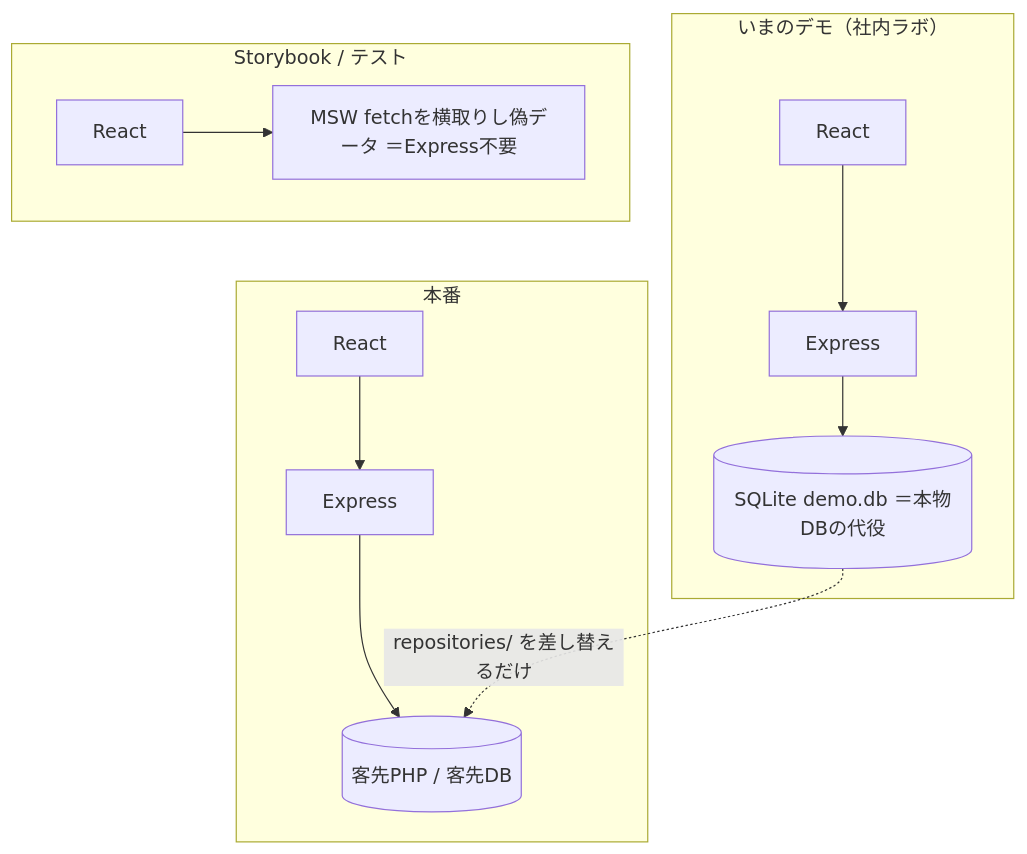
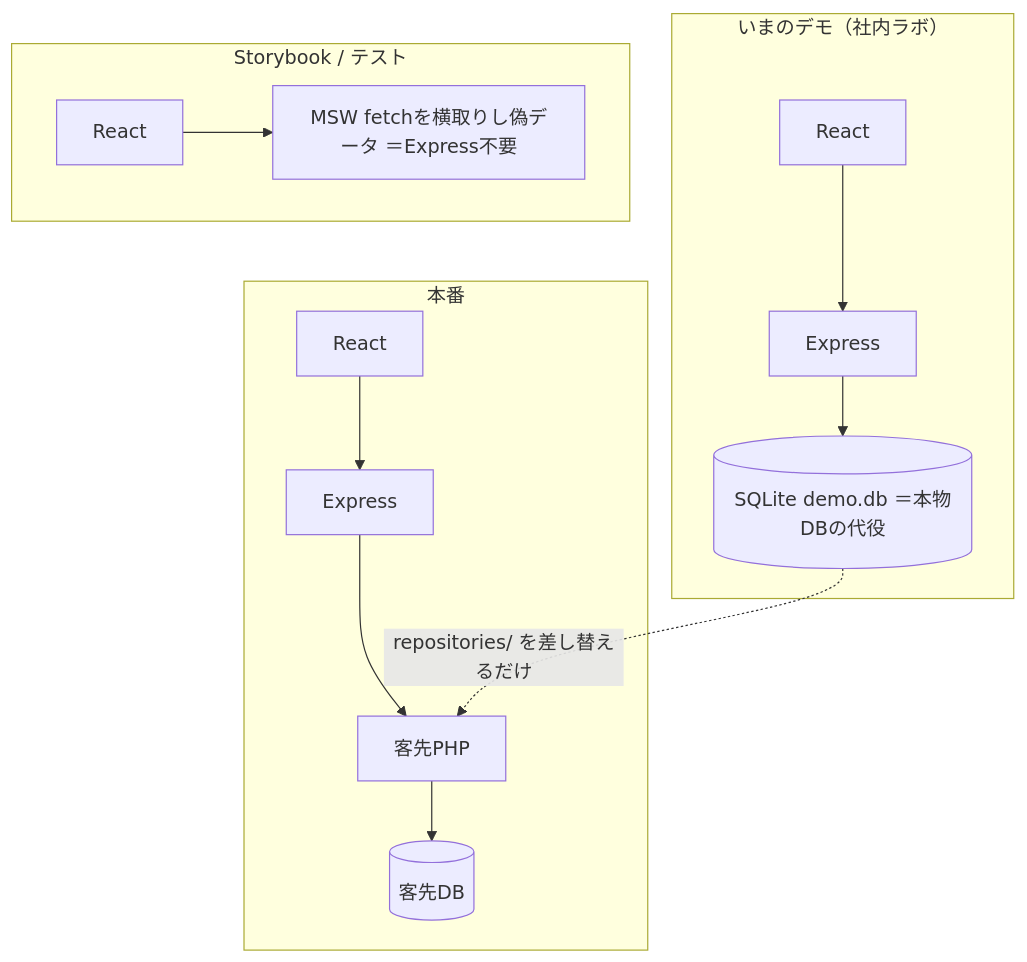
The fourth of 5 diagrams in docs/システム全体図.md (katsya1117/dmt), drawn with Mermaid before and after one commit. The commit also changed other lines of this file and 11 other files, not shown here.

````diff
--- a/docs/システム全体図.md
+++ b/docs/システム全体図.md
@@ -84,13 +86,13 @@
 ```mermaid
 flowchart TB
   subgraph Now["いまのデモ（社内ラボ）"]
     R1["React"] --> E1["Express"] --> SQLite[("SQLite demo.db ＝本物DBの代役")]
   end
   subgraph SB["Storybook / テスト"]
     R2["React"] --> MSW["MSW fetchを横取りし偽データ ＝Express不要"]
   end
   subgraph Prod["本番"]
-    R3["React"] --> E3["Express"] --> Real[("客先PHP / 客先DB")]
+    R3["React"] --> E3["Express"] --> P3["客先PHP"] --> Real[("客先DB")]
   end
-  SQLite -.->|repositories/ を差し替えるだけ| Real
+  SQLite -.->|repositories/ を差し替えるだけ| P3
 ```
````
